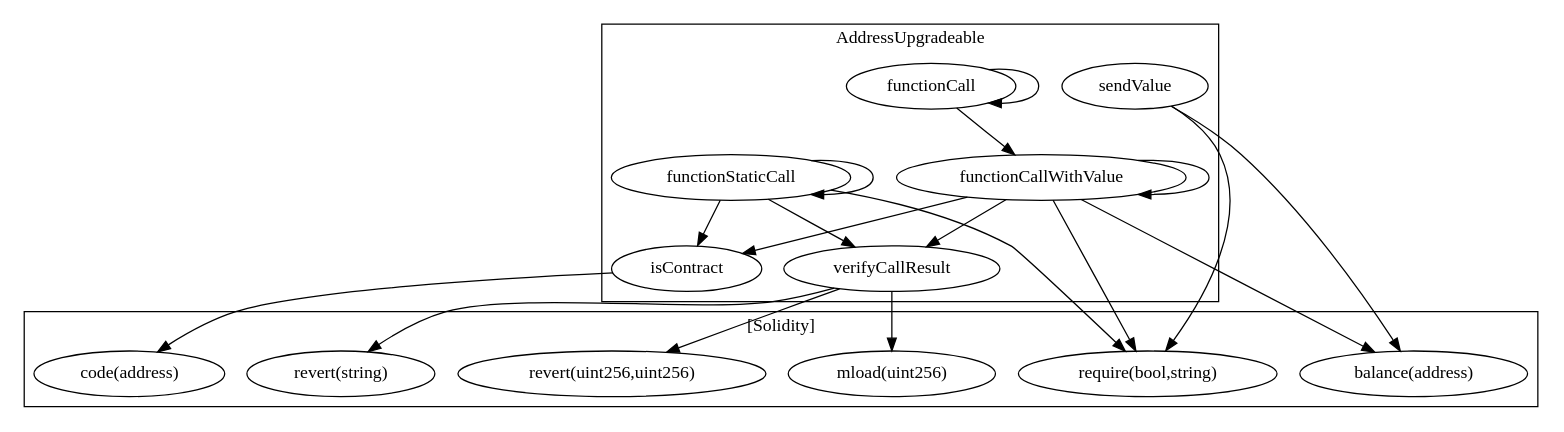
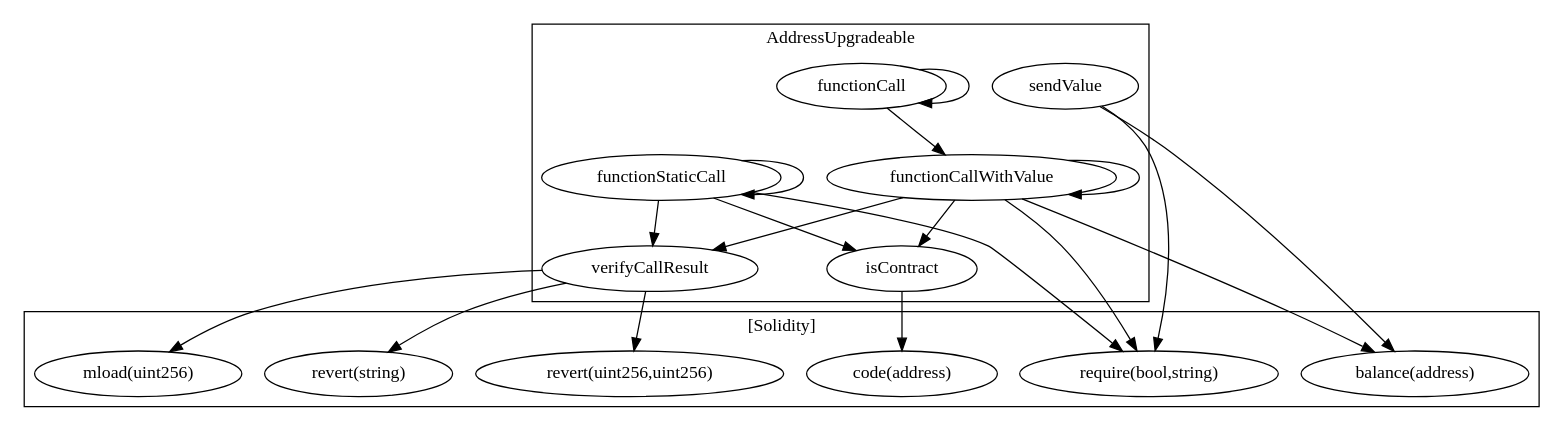
The diagram in contracts/build/...AddressUpgradeable.call-graph.dot (FlipsideCrypto/badger), drawn with Graphviz before and after one commit. The commit also changed other lines of this file and 110 other files, not shown here.

```diff
--- a/contracts/build/...AddressUpgradeable.call-graph.dot
+++ b/contracts/build/...AddressUpgradeable.call-graph.dot
@@ -1,36 +1,36 @@
 strict digraph {
 subgraph cluster_1948_AddressUpgradeable {
 label = "AddressUpgradeable"
+"1948_functionCallWithValue" [label="functionCallWithValue"]
+"1948_isContract" [label="isContract"]
 "1948_sendValue" [label="sendValue"]
-"1948_functionCallWithValue" [label="functionCallWithValue"]
+"1948_verifyCallResult" [label="verifyCallResult"]
 "1948_functionCall" [label="functionCall"]
-"1948_verifyCallResult" [label="verifyCallResult"]
-"1948_isContract" [label="isContract"]
 "1948_functionStaticCall" [label="functionStaticCall"]
+"1948_functionStaticCall" -> "1948_isContract"
+"1948_functionCallWithValue" -> "1948_verifyCallResult"
+"1948_functionStaticCall" -> "1948_verifyCallResult"
+"1948_functionCallWithValue" -> "1948_isContract"
 "1948_functionCallWithValue" -> "1948_functionCallWithValue"
-"1948_functionStaticCall" -> "1948_verifyCallResult"
 "1948_functionCall" -> "1948_functionCallWithValue"
 "1948_functionCall" -> "1948_functionCall"
-"1948_functionCallWithValue" -> "1948_isContract"
-"1948_functionStaticCall" -> "1948_isContract"
-"1948_functionCallWithValue" -> "1948_verifyCallResult"
 "1948_functionStaticCall" -> "1948_functionStaticCall"
 }subgraph cluster_solidity {
 label = "[Solidity]"
-"revert(string)" 
+"code(address)" 
 "mload(uint256)" 
 "require(bool,string)" 
+"revert(string)" 
+"revert(uint256,uint256)" 
 "balance(address)" 
-"revert(uint256,uint256)" 
-"code(address)" 
+"1948_isContract" -> "code(address)"
 "1948_functionCallWithValue" -> "balance(address)"
+"1948_verifyCallResult" -> "revert(string)"
+"1948_functionCallWithValue" -> "require(bool,string)"
+"1948_functionStaticCall" -> "require(bool,string)"
 "1948_verifyCallResult" -> "revert(uint256,uint256)"
-"1948_isContract" -> "code(address)"
-"1948_verifyCallResult" -> "revert(string)"
-"1948_functionStaticCall" -> "require(bool,string)"
+"1948_sendValue" -> "require(bool,string)"
 "1948_sendValue" -> "balance(address)"
 "1948_verifyCallResult" -> "mload(uint256)"
-"1948_sendValue" -> "require(bool,string)"
-"1948_functionCallWithValue" -> "require(bool,string)"
 }
 }
```
